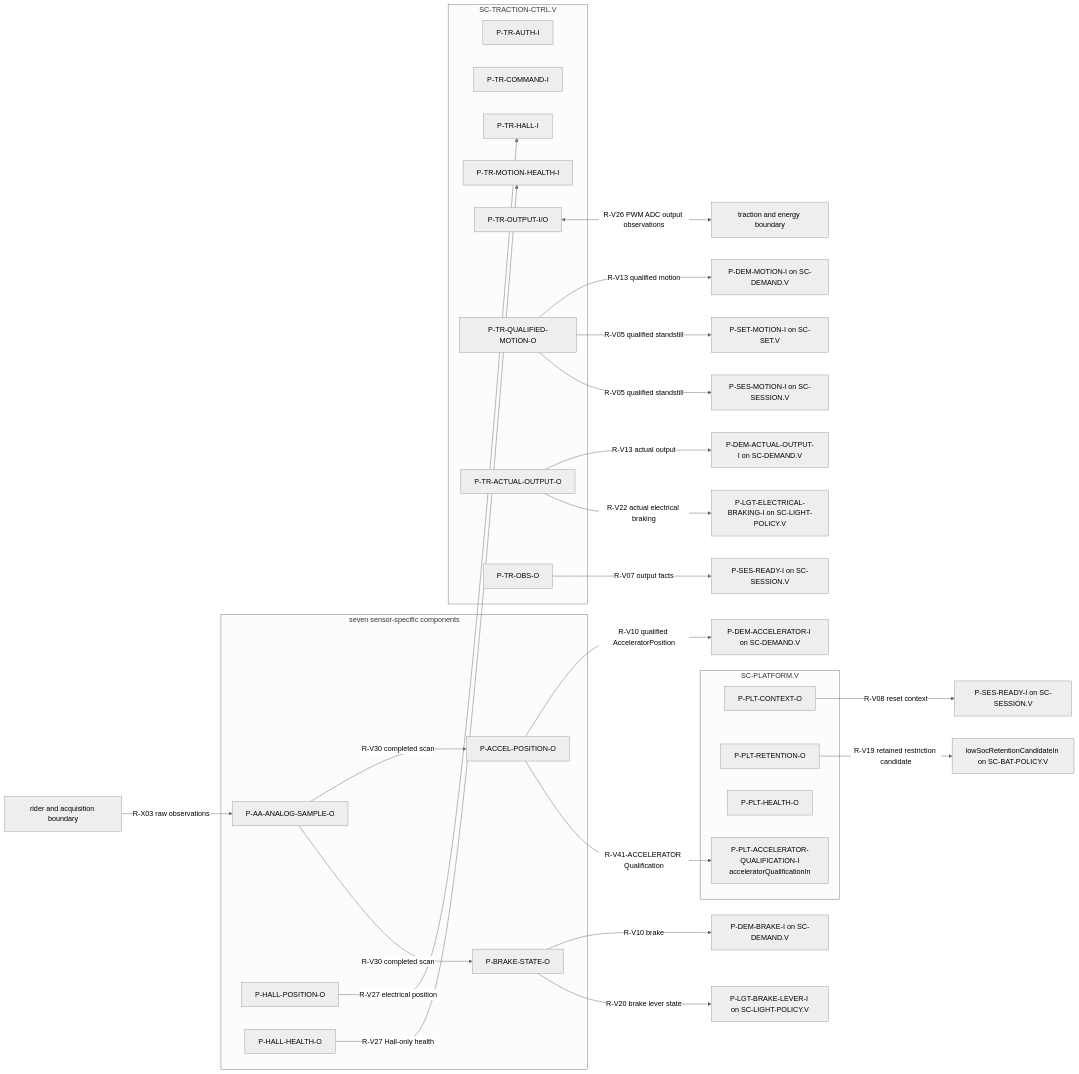
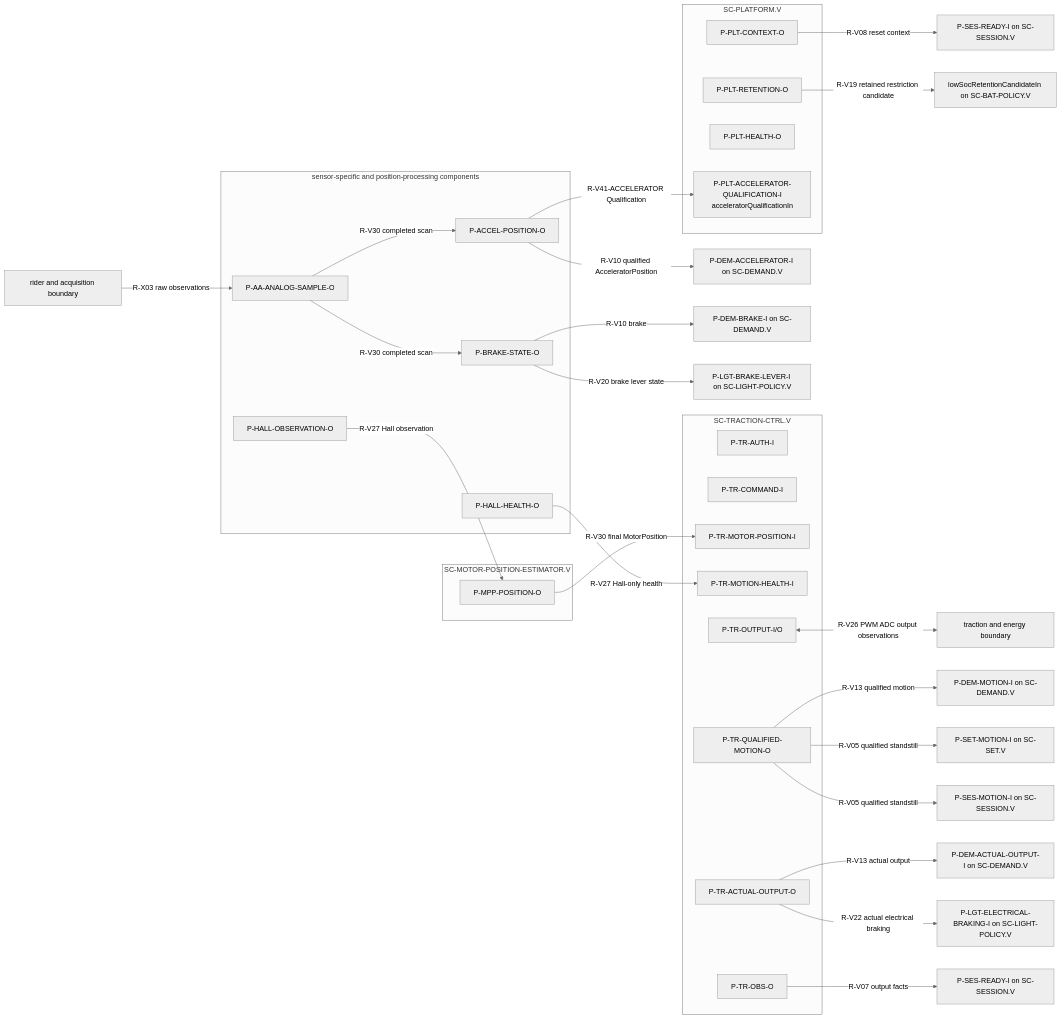
One commit to dhellhake/X2CityMCU changed the third of 4 diagrams in .devenv/Architecture/SoftwareArchitecture/ARCH-003_Software_Architecture.md. Above: the diagram before and after it, drawn with Mermaid (neutral theme). The commit also changed other lines of this file and 69 other files, not shown here.

Commit message:
Refactored MotorPositionEstimation on System-Level

````diff
--- a/.devenv/Architecture/SoftwareArchitecture/ARCH-003_Software_Architecture.md
+++ b/.devenv/Architecture/SoftwareArchitecture/ARCH-003_Software_Architecture.md
@@ -299,44 +310,48 @@
 ```mermaid
 flowchart LR
-    subgraph SNS[seven sensor-specific components]
+    subgraph SNS[sensor-specific and position-processing components]
         AAO[P-AA-ANALOG-SAMPLE-O]
         APO[P-ACCEL-POSITION-O]
         BSO[P-BRAKE-STATE-O]
-        HPO[P-HALL-POSITION-O]
+        HPO[P-HALL-OBSERVATION-O]
         HHO[P-HALL-HEALTH-O]
+    end
+    subgraph MPP[SC-MOTOR-POSITION-ESTIMATOR.V]
+        MPO[P-MPP-POSITION-O]
     end
     subgraph TR[SC-TRACTION-CTRL.V]
         TAI[P-TR-AUTH-I]
         TCI2[P-TR-COMMAND-I]
-        THI[P-TR-HALL-I]
+        THI[P-TR-MOTOR-POSITION-I]
         TMH[P-TR-MOTION-HEALTH-I]
         TIO[P-TR-OUTPUT-I/O]
         TMO[P-TR-QUALIFIED-MOTION-O]
         TAO[P-TR-ACTUAL-OUTPUT-O]
         TOB[P-TR-OBS-O]
     end
     subgraph PLT[SC-PLATFORM.V]
         PCO[P-PLT-CONTEXT-O]
         PRO[P-PLT-RETENTION-O]
         PHO[P-PLT-HEALTH-O]
         AQI[P-PLT-ACCELERATOR-QUALIFICATION-I\nacceleratorQualificationIn]
     end
     RAW[rider and acquisition boundary] -->|R-X03 raw observations| AAO
     AAO -->|R-V30 completed scan| APO
     AAO -->|R-V30 completed scan| BSO
-    HPO -->|R-V27 electrical position| THI
+    HPO -->|R-V27 Hall observation| MPO
+    MPO -->|R-V30 final MotorPosition| THI
     TIO <-->|R-V26 PWM ADC output observations| HW[traction and energy boundary]
     PCO -->|R-V08 reset context| SEDI3[P-SES-READY-I on SC-SESSION.V]
     PRO -->|R-V19 retained restriction candidate| LSRI[lowSocRetentionCandidateIn on SC-BAT-POLICY.V]
     APO -->|R-V10 qualified AcceleratorPosition| DAI2[P-DEM-ACCELERATOR-I on SC-DEMAND.V]
     APO -->|R-V41-ACCELERATOR Qualification| AQI
     BSO -->|R-V10 brake| DBI2[P-DEM-BRAKE-I on SC-DEMAND.V]
     TOB -->|R-V07 output facts| SEDI2[P-SES-READY-I on SC-SESSION.V]
     HHO -->|R-V27 Hall-only health| TMH
     TMO -->|R-V13 qualified motion| DMI2[P-DEM-MOTION-I on SC-DEMAND.V]
     TMO -->|R-V05 qualified standstill| SMI2[P-SET-MOTION-I on SC-SET.V]
     TMO -->|R-V05 qualified standstill| SEMI2[P-SES-MOTION-I on SC-SESSION.V]
     TAO -->|R-V13 actual output| DAO2[P-DEM-ACTUAL-OUTPUT-I on SC-DEMAND.V]
     BSO -->|R-V20 brake lever state| LBI2[P-LGT-BRAKE-LEVER-I on SC-LIGHT-POLICY.V]
     TAO -->|R-V22 actual electrical braking| LEBI2[P-LGT-ELECTRICAL-BRAKING-I on SC-LIGHT-POLICY.V]
 ```
````
